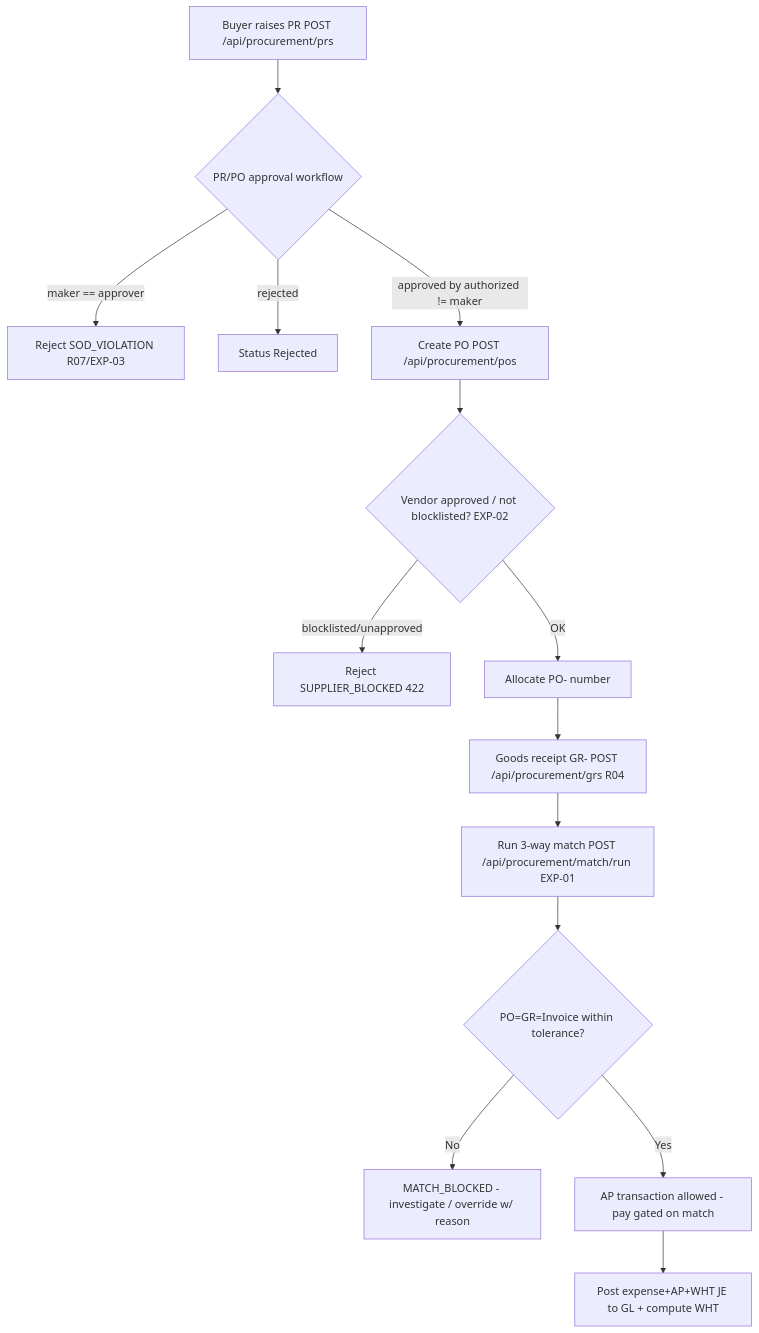
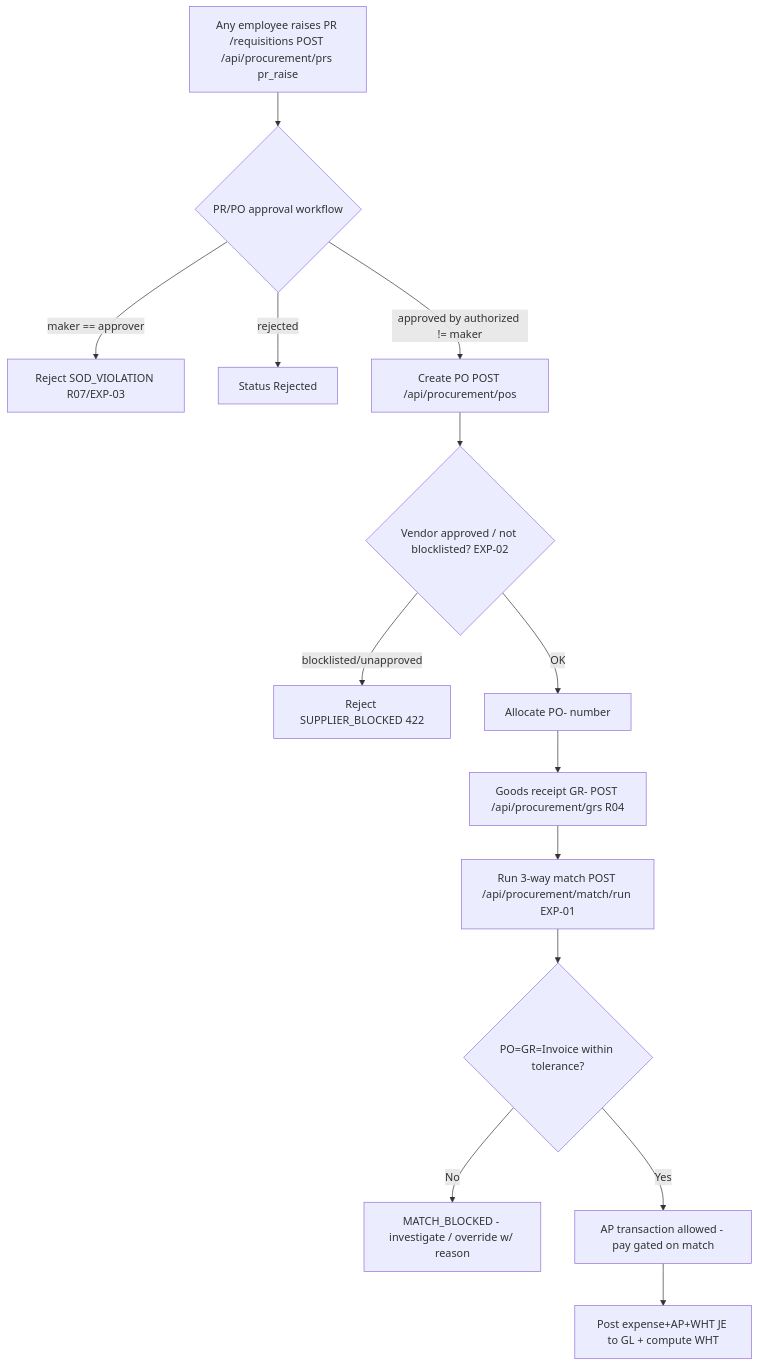
The diagram in docs/process-narratives/02-procure-to-pay.md (wayla69/invisibleERP), drawn with Mermaid before and after one commit. The commit also changed other lines of this file and 27 other files, not shown here.

````diff
--- a/docs/process-narratives/02-procure-to-pay.md
+++ b/docs/process-narratives/02-procure-to-pay.md
@@ -77,16 +87,16 @@
 ```mermaid
 flowchart TD
-    A[Buyer raises PR POST /api/procurement/prs] --> B{PR/PO approval workflow}
+    A[Any employee raises PR /requisitions POST /api/procurement/prs pr_raise] --> B{PR/PO approval workflow}
     B -- "maker == approver" --> B1[Reject SOD_VIOLATION R07/EXP-03]
     B -- "rejected" --> B2[Status Rejected]
     B -- "approved by authorized != maker" --> C[Create PO POST /api/procurement/pos]
     C --> D{Vendor approved / not blocklisted? EXP-02}
     D -- "blocklisted/unapproved" --> D1[Reject SUPPLIER_BLOCKED 422]
     D -- "OK" --> E[Allocate PO- number]
     E --> F[Goods receipt GR- POST /api/procurement/grs R04]
     F --> G[Run 3-way match POST /api/procurement/match/run EXP-01]
     G --> H{PO=GR=Invoice within tolerance?}
     H -- "No" --> H1[MATCH_BLOCKED - investigate / override w/ reason]
     H -- "Yes" --> I[AP transaction allowed - pay gated on match]
     I --> J[Post expense+AP+WHT JE to GL + compute WHT]
 ```
````
